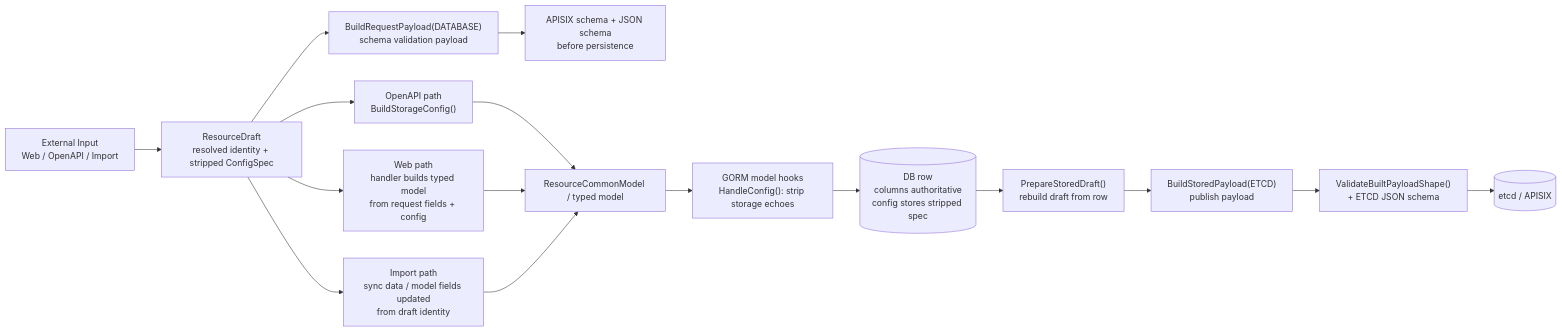
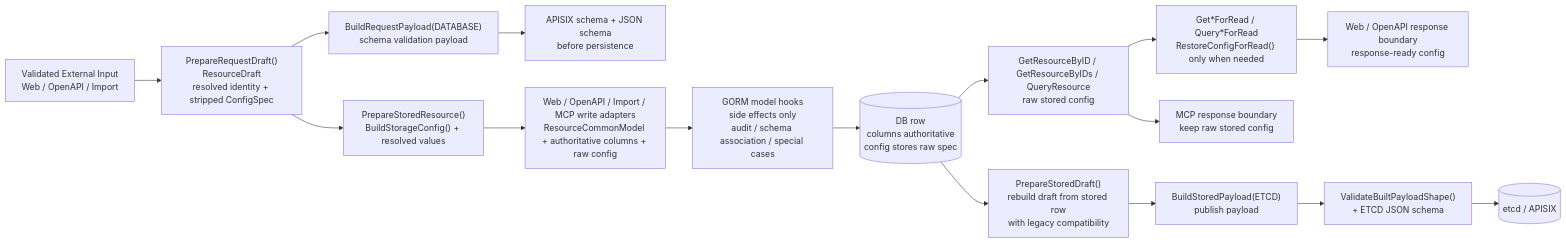
The fourth of 5 diagrams in src/apiserver/AGENTS.md (TencentBlueKing/blueking-micro-apigateway), drawn with Mermaid before and after one commit. The commit also changed other lines of this file and 67 other files, not shown here.

First line of the commit message:
refactor(validation): unify config validation paths across Web API, OpenAPI, and MCP

````diff
--- a/src/apiserver/AGENTS.md
+++ b/src/apiserver/AGENTS.md
@@ -311,23 +311,22 @@
 ```mermaid
 flowchart LR
-    Req["External Input<br/>Web / OpenAPI / Import"] --> Draft["ResourceDraft<br/>resolved identity + stripped ConfigSpec"]
+    Req["Validated External Input<br/>Web / OpenAPI / Import"] --> Draft["PrepareRequestDraft()<br/>ResourceDraft<br/>resolved identity + stripped ConfigSpec"]
 
     Draft --> DBValidate["BuildRequestPayload(DATABASE)<br/>schema validation payload"]
     DBValidate --> Schema["APISIX schema + JSON schema<br/>before persistence"]
 
-    Draft --> OAStore["OpenAPI path<br/>BuildStorageConfig()"]
-    Draft --> WebStore["Web path<br/>handler builds typed model<br/>from request fields + config"]
-    Draft --> ImportStore["Import path<br/>sync data / model fields updated<br/>from draft identity"]
+    Draft --> StoreConfig["PrepareStoredResource()<br/>BuildStorageConfig() + resolved values"]
+    StoreConfig --> Persist["Web / OpenAPI / Import / MCP write adapters<br/>ResourceCommonModel + authoritative columns + raw config"]
+    Persist --> Hooks["GORM model hooks<br/>side effects only<br/>audit / schema association / special cases"]
+    Hooks --> DB[("DB row<br/>columns authoritative<br/>config stores raw spec")]
 
-    OAStore --> CommonModel["ResourceCommonModel / typed model"]
-    WebStore --> CommonModel
-    ImportStore --> CommonModel
+    DB --> InternalRead["GetResourceByID / GetResourceByIDs / QueryResource<br/>raw stored config"]
+    InternalRead --> ReadRestore["Get*ForRead / Query*ForRead<br/>RestoreConfigForRead() only when needed"]
+    ReadRestore --> WebResp["Web / OpenAPI response boundary<br/>response-ready config"]
+    InternalRead --> MCPResp["MCP response boundary<br/>keep raw stored config"]
 
-    CommonModel --> Hooks["GORM model hooks<br/>HandleConfig(): strip storage echoes"]
-    Hooks --> DB[("DB row<br/>columns authoritative<br/>config stores stripped spec")]
-
-    DB --> StoredDraft["PrepareStoredDraft()<br/>rebuild draft from row"]
+    DB --> StoredDraft["PrepareStoredDraft()<br/>rebuild draft from stored row<br/>with legacy compatibility"]
     StoredDraft --> ETCDBuild["BuildStoredPayload(ETCD)<br/>publish payload"]
     ETCDBuild --> PublishValidate["ValidateBuiltPayloadShape()<br/>+ ETCD JSON schema"]
     PublishValidate --> ETCD[("etcd / APISIX")]
 ```
````
